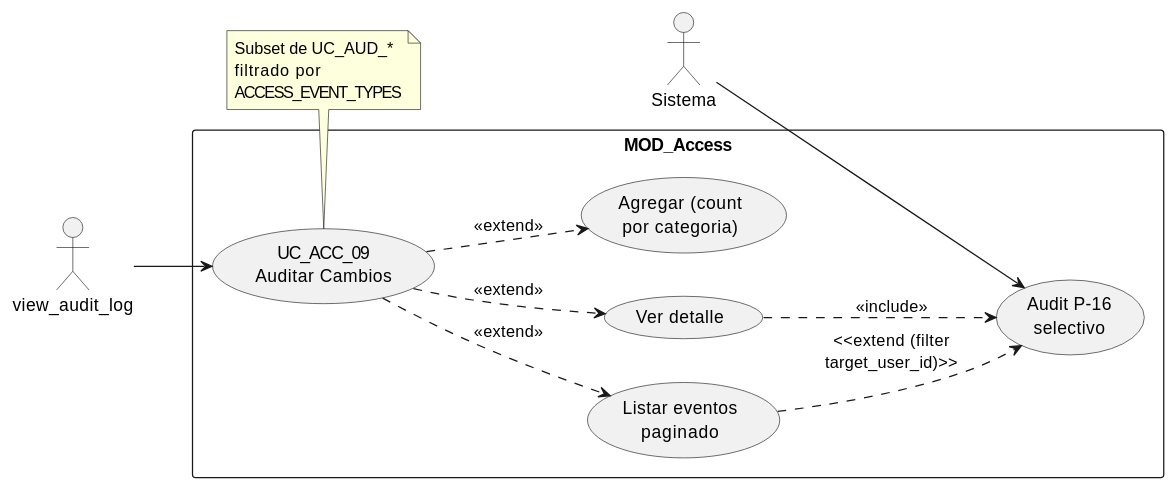
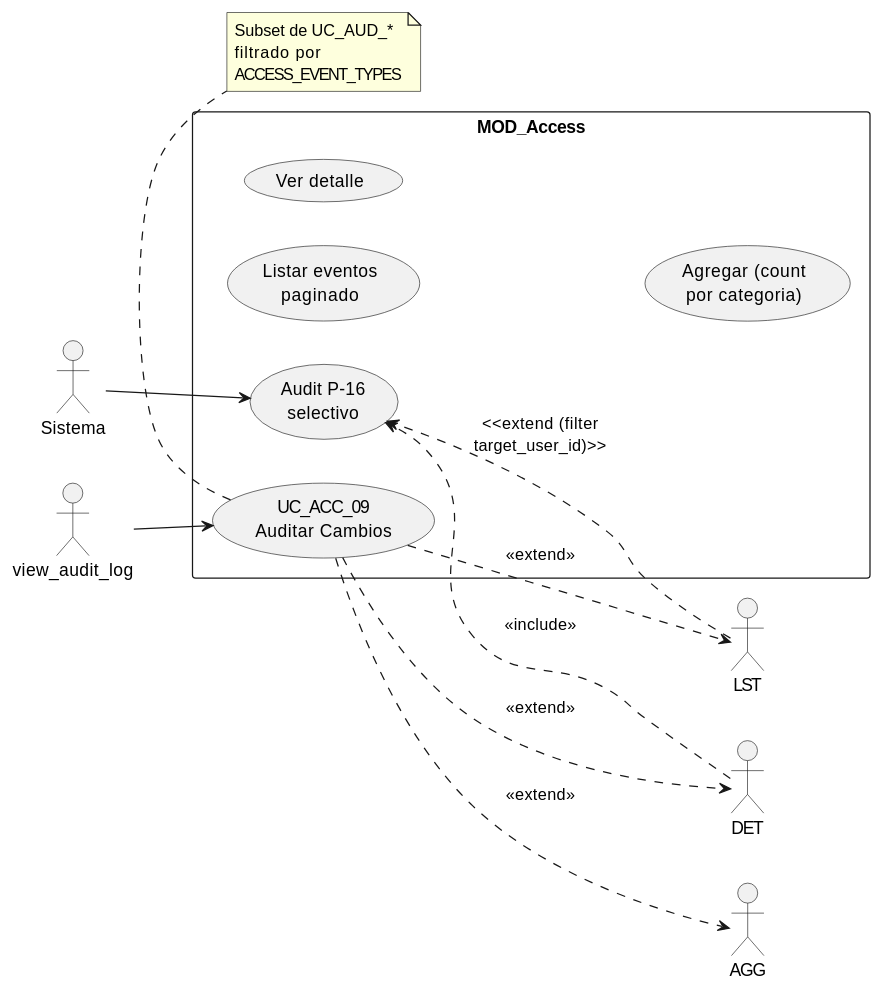
Before and after one commit to jcg-admin/IACT-docs: the diagram in source/requisitos/casos-uso/access/uc-acc-09/diagramas-uml/diagrama-de-caso-de-uso.rst, drawn with PlantUML. The commit also changed 47 other files, not shown here.

First line of the commit message:
Fix cryptic PlantUML aliases in UC and architecture files (STD_011)

```diff
--- a/source/requisitos/casos-uso/access/uc-acc-09/diagramas-uml/diagrama-de-caso-de-uso.rst
+++ b/source/requisitos/casos-uso/access/uc-acc-09/diagramas-uml/diagrama-de-caso-de-uso.rst
@@ -4,32 +4,32 @@
 .. uml::
  :caption: UC_ACC_09 — actores y casos asociados
 
  @startuml
  left to right direction
 
  actor "view_audit_log" as INVOKER
  actor "Sistema" as Sistema
 
  rectangle "MOD_Access" {
    usecase "UC_ACC_09\nAuditar Cambios" as UC09
-   usecase "Listar eventos\npaginado" as LST
-   usecase "Ver detalle" as DET
-   usecase "Agregar (count\npor categoria)" as AGG
+   usecase "Listar eventos\npaginado" as VistaListado
+   usecase "Ver detalle" as VistaDetalle
+   usecase "Agregar (count\npor categoria)" as AgregadorConteo
    usecase "Audit P-16\nselectivo" as AUDS
  }
 
  INVOKER --> UC09
  UC09 ..> LST : <<extend>>
  UC09 ..> DET : <<extend>>
  UC09 ..> AGG : <<extend>>
  LST ..> AUDS : <<extend (filter\ntarget_user_id)>>
  DET ..> AUDS : <<include>>
  Sistema --> AUDS
 
  note bottom of UC09
    Subset de UC_AUD_*
    filtrado por
    ACCESS_EVENT_TYPES
  end note
 
  @enduml
```
